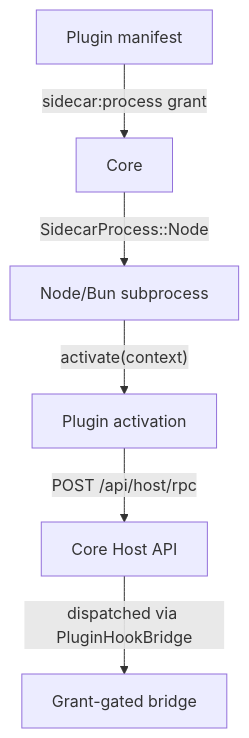
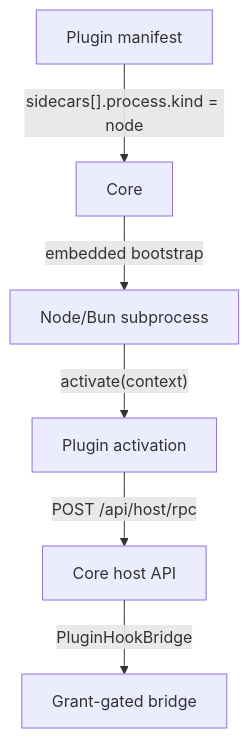
Before and after one commit to amajorai/ryu-docs: the diagram in content/docs/extend/develop/extensions/extension-host.mdx, drawn with Mermaid. The commit also changed other lines of this file and 2538 other files, not shown here.

````diff
--- a/content/docs/extend/develop/extensions/extension-host.mdx
+++ b/content/docs/extend/develop/extensions/extension-host.mdx
@@ -12,8 +20,8 @@
 ```mermaid
 flowchart TD
-  P[Plugin manifest] -->|"sidecar:process grant"| CORE[Core]
-  CORE -->|"SidecarProcess::Node"| NODE["Node/Bun subprocess"]
+  P[Plugin manifest] -->|"sidecars[].process.kind = node"| CORE[Core]
+  CORE -->|"embedded bootstrap"| NODE["Node/Bun subprocess"]
   NODE -->|"activate(context)"| ACT[Plugin activation]
-  ACT -->|"POST /api/host/rpc"| HOST[Core Host API]
-  HOST -->|"dispatched via PluginHookBridge"| BRIDGE[Grant-gated bridge]
+  ACT -->|"POST /api/host/rpc"| HOST[Core host API]
+  HOST -->|"PluginHookBridge"| BRIDGE[Grant-gated bridge]
 ```
````
